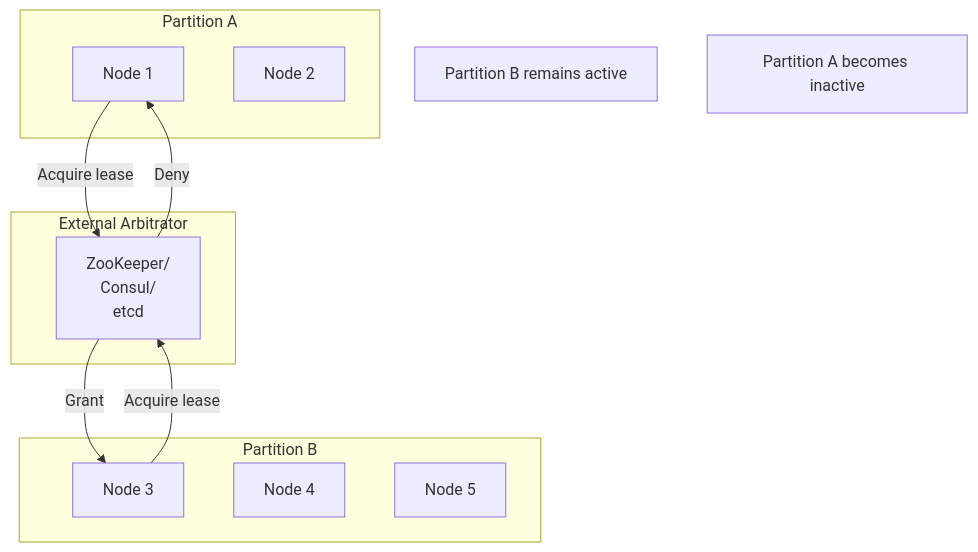
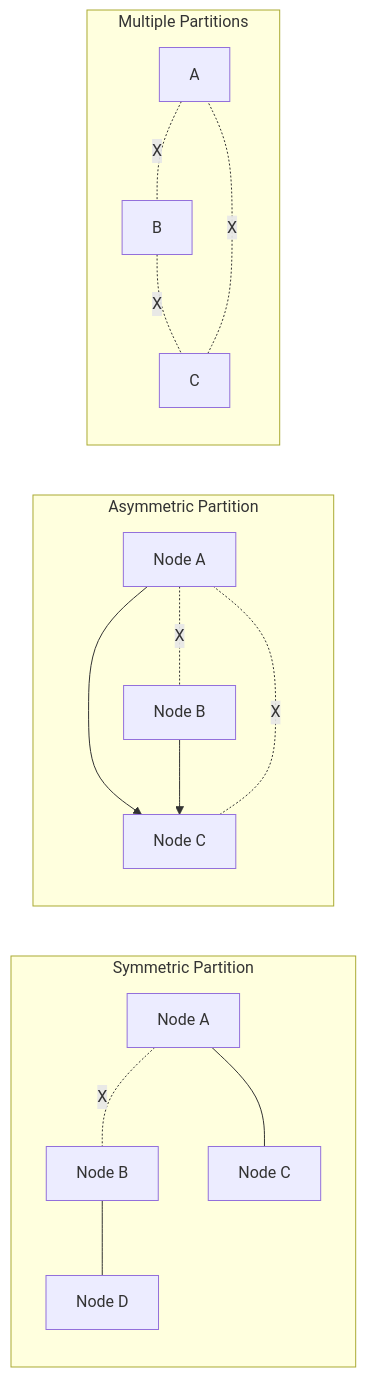
Before and after one commit to deepaucksharma/DStudio: the second of 6 diagrams in docs/pattern-library/resilience/split-brain.md, drawn with Mermaid. The commit also changed other lines of this file and 119 other files, not shown here.

````diff
--- a/docs/pattern-library/resilience/split-brain.md
+++ b/docs/pattern-library/resilience/split-brain.md
@@ -302,26 +104,21 @@
 ```mermaid
-graph TB
-    subgraph "Partition A"
-        A1[Node 1] 
-        A2[Node 2]
+graph LR
+    subgraph "Symmetric Partition"
+        A1[Node A] -.X.- B1[Node B]
+        A1 --- C1[Node C]
+        B1 --- D1[Node D]
     end
     
-    subgraph "Partition B"
-        B1[Node 3]
-        B2[Node 4]
-        B3[Node 5]
+    subgraph "Asymmetric Partition"
+        A2[Node A] -.X.- B2[Node B]
+        A2 --> C2[Node C]
+        B2 --> C2
+        C2 -.X.- A2
     end
     
-    subgraph "External Arbitrator"
-        ARB[ZooKeeper/<br/>Consul/<br/>etcd]
+    subgraph "Multiple Partitions"
+        A3[A] -.X.- B3[B]
+        B3 -.X.- C3[C]
+        C3 -.X.- A3
     end
-    
-    A1 -->|"Acquire lease"| ARB
-    B1 -->|"Acquire lease"| ARB
-    
-    ARB -->|"Grant"| B1
-    ARB -->|"Deny"| A1
-    
-    Note1[Partition B remains active]
-    Note2[Partition A becomes inactive]
 ```
````
